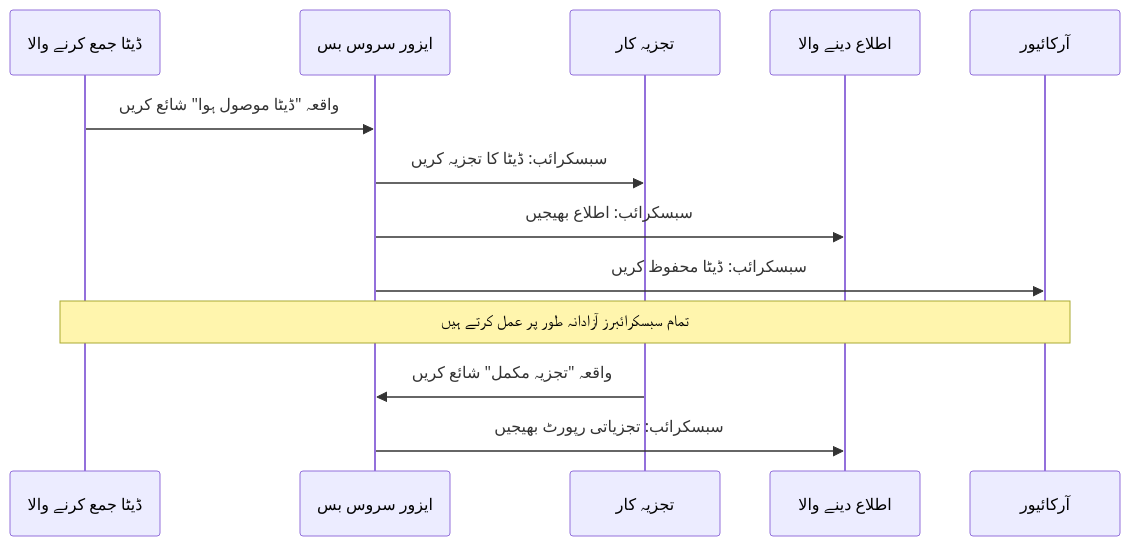
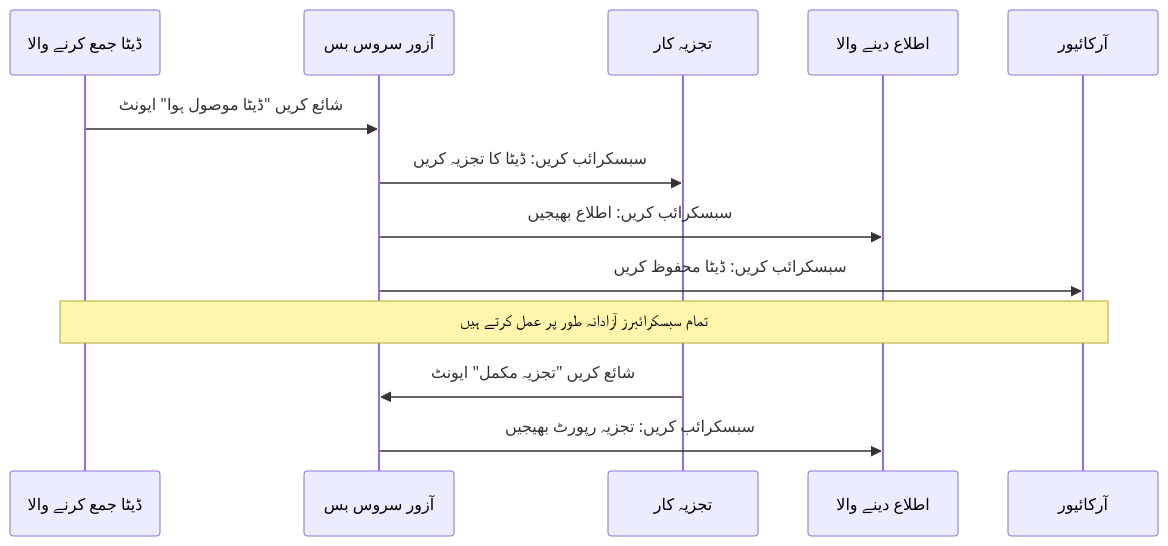
One commit to microsoft/AZD-for-beginners changed the fourth of 6 diagrams in translations/ur/docs/chapter-06-pre-deployment/coordination-patterns.md. Above: the diagram before and after it, drawn with Mermaid. The commit also changed other lines of this file and 101 other files, not shown here.

````diff
--- a/translations/ur/docs/chapter-06-pre-deployment/coordination-patterns.md
+++ b/translations/ur/docs/chapter-06-pre-deployment/coordination-patterns.md
@@ -193,18 +185,18 @@
 ```mermaid
 sequenceDiagram
     participant Agent1 as ڈیٹا جمع کرنے والا
-    participant EventBus as ایزور سروس بس
+    participant EventBus as آزور سروس بس
     participant Agent2 as تجزیہ کار
     participant Agent3 as اطلاع دینے والا
     participant Agent4 as آرکائیور
     
-    Agent1->>EventBus: واقعہ "ڈیٹا موصول ہوا" شائع کریں
-    EventBus->>Agent2: سبسکرائب: ڈیٹا کا تجزیہ کریں
-    EventBus->>Agent3: سبسکرائب: اطلاع بھیجیں
-    EventBus->>Agent4: سبسکرائب: ڈیٹا محفوظ کریں
+    Agent1->>EventBus: شائع کریں "ڈیٹا موصول ہوا" ایونٹ
+    EventBus->>Agent2: سبسکرائب کریں: ڈیٹا کا تجزیہ کریں
+    EventBus->>Agent3: سبسکرائب کریں: اطلاع بھیجیں
+    EventBus->>Agent4: سبسکرائب کریں: ڈیٹا محفوظ کریں
     
     Note over Agent1,Agent4: تمام سبسکرائبرز آزادانہ طور پر عمل کرتے ہیں
     
-    Agent2->>EventBus: واقعہ "تجزیہ مکمل" شائع کریں
-    EventBus->>Agent3: سبسکرائب: تجزیاتی رپورٹ بھیجیں
+    Agent2->>EventBus: شائع کریں "تجزیہ مکمل" ایونٹ
+    EventBus->>Agent3: سبسکرائب کریں: تجزیہ رپورٹ بھیجیں
 ```
````
